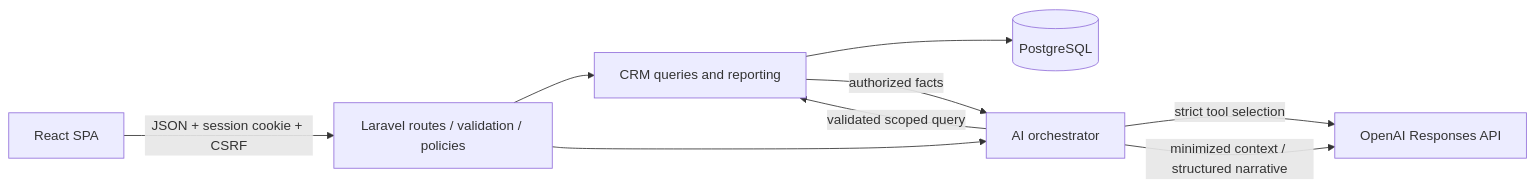
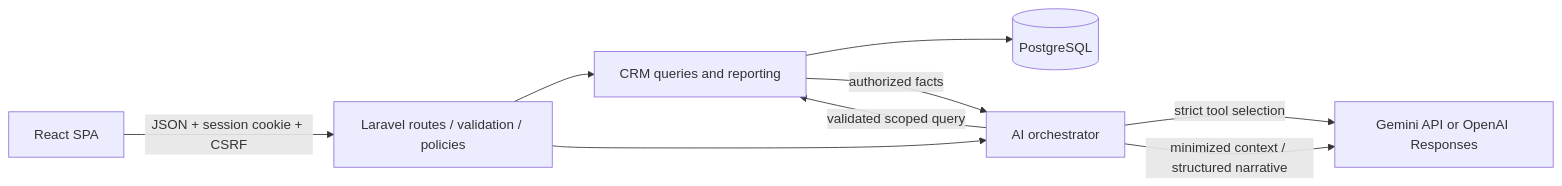
One commit to tamourax/CRMbackend changed the first of 2 diagrams in docs/ARCHITECTURE.md. Above: the diagram before and after it, drawn with Mermaid. The commit also changed other lines of this file and 16 other files, not shown here.

Commit message:
Add Gemini provider, shared grounded prompts and live verification

````diff
--- a/docs/ARCHITECTURE.md
+++ b/docs/ARCHITECTURE.md
@@ -5,11 +5,11 @@
 ```mermaid
 flowchart LR
     React[React SPA] -->|JSON + session cookie + CSRF| Laravel[Laravel routes / validation / policies]
     Laravel --> Services[CRM queries and reporting]
     Services --> DB[(PostgreSQL)]
     Laravel --> AI[AI orchestrator]
-    AI -->|strict tool selection| Provider[OpenAI Responses API]
+    AI -->|strict tool selection| Provider[Gemini API or OpenAI Responses]
     AI -->|validated scoped query| Services
     Services -->|authorized facts| AI
     AI -->|minimized context / structured narrative| Provider
 ```
````
